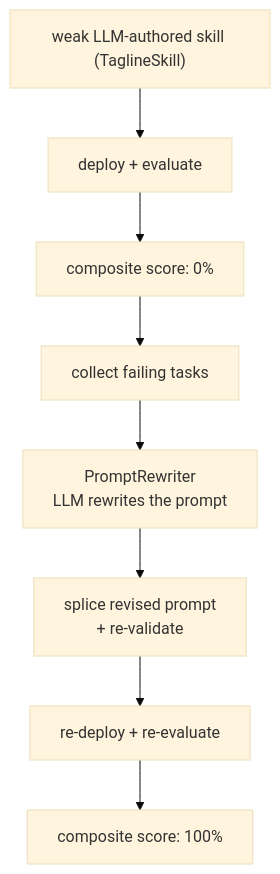
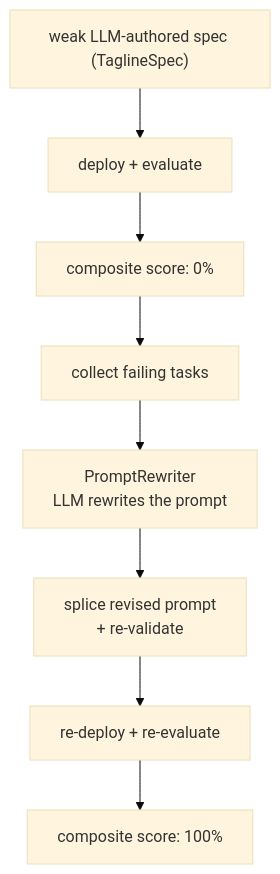
The diagram in poc/poc-9-quality-refinement/README.md (iromu/embabel-smith), drawn with Mermaid (base theme) before and after one commit. The commit also changed other lines of this file and 650 other files, not shown here.

First line of the commit message:
Rename the skill-pack vocabulary to agent spec to match what the unit actually is

````diff
--- a/poc/poc-9-quality-refinement/README.md
+++ b/poc/poc-9-quality-refinement/README.md
@@ -16,10 +16,10 @@
 ```mermaid
 flowchart TD
-    A["weak LLM-authored skill (TaglineSkill)"] --> B["deploy + evaluate"]
+    A["weak LLM-authored spec (TaglineSpec)"] --> B["deploy + evaluate"]
     B --> C["composite score: 0%"]
     C --> D["collect failing tasks"]
     D --> E["PromptRewriter<br/>LLM rewrites the prompt"]
     E --> F["splice revised prompt<br/>+ re-validate"]
     F --> G["re-deploy + re-evaluate"]
     G --> H["composite score: 100%"]
 ```
````
